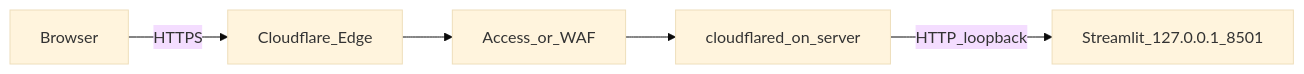
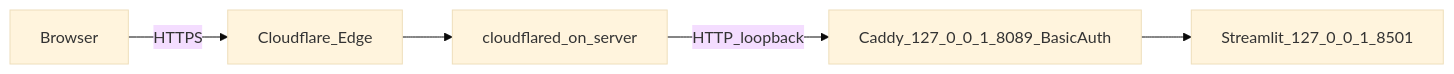
Before and after one commit to Spottie97/ai-automation-n8n-workflow: the diagram in docs/cloudflare-tunnel-kb-admin.md, drawn with Mermaid (base theme). The commit also changed other lines of this file and 16 other files, not shown here.

First line of the commit message:
feat(deploy): launch plan artifacts — tunnel, Caddy Basic Auth, n8n checklist

````diff
--- a/docs/cloudflare-tunnel-kb-admin.md
+++ b/docs/cloudflare-tunnel-kb-admin.md
@@ -7,13 +11,13 @@
 ```mermaid
 flowchart LR
   user[Browser]
   edge[Cloudflare_Edge]
-  access[Access_or_WAF]
   tunnel[cloudflared_on_server]
-  st[Streamlit_127.0.0.1_8501]
+  caddy[Caddy_127_0_0_1_8089_BasicAuth]
+  streamlit[Streamlit_127_0_0_1_8501]
 
   user -->|HTTPS| edge
-  edge --> access
-  access --> tunnel
-  tunnel -->|HTTP_loopback| st
+  edge --> tunnel
+  tunnel -->|HTTP_loopback| caddy
+  caddy --> streamlit
 ```
````
